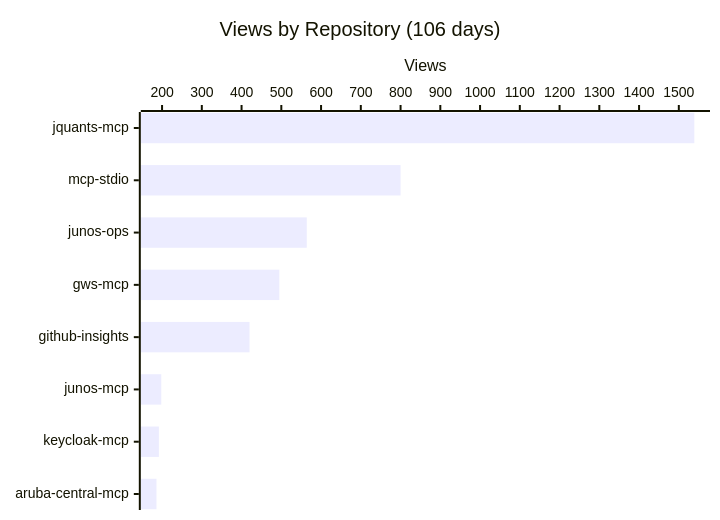
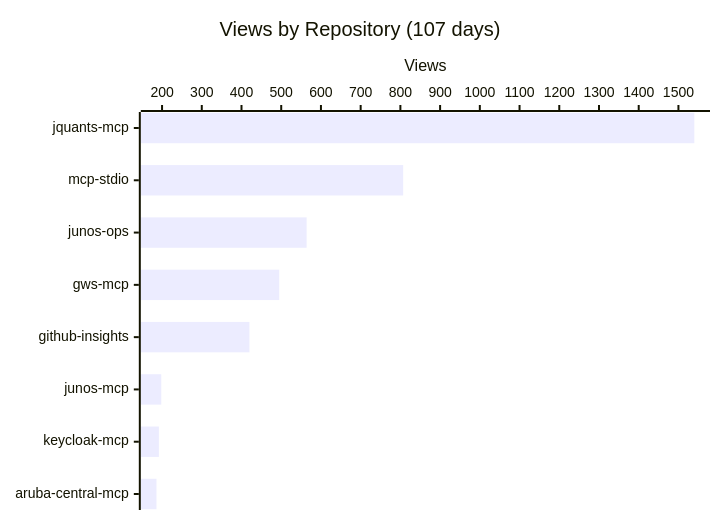
One commit to shigechika/github-insights changed the first of 3 diagrams in README.md. Above: the diagram before and after it, drawn with Mermaid. The commit also changed other lines of this file and 2 other files, not shown here.

````diff
--- a/README.md
+++ b/README.md
@@ -18,7 +18,7 @@
 ```mermaid
 xychart-beta horizontal
-    title "Views by Repository (106 days)"
+    title "Views by Repository (107 days)"
     x-axis ["jquants-mcp", "mcp-stdio", "junos-ops", "gws-mcp", "github-insights", "junos-mcp", "keycloak-mcp", "aruba-central-mcp"]
     y-axis "Views"
-    bar [1539, 800, 564, 495, 420, 198, 192, 186]
+    bar [1540, 807, 564, 495, 420, 198, 192, 186]
 ```
````
